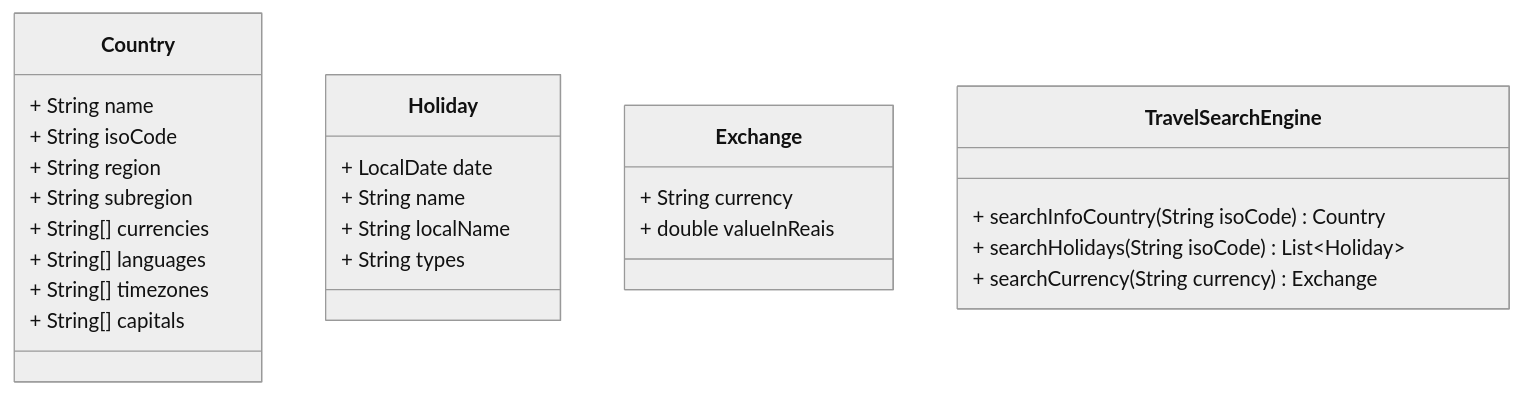
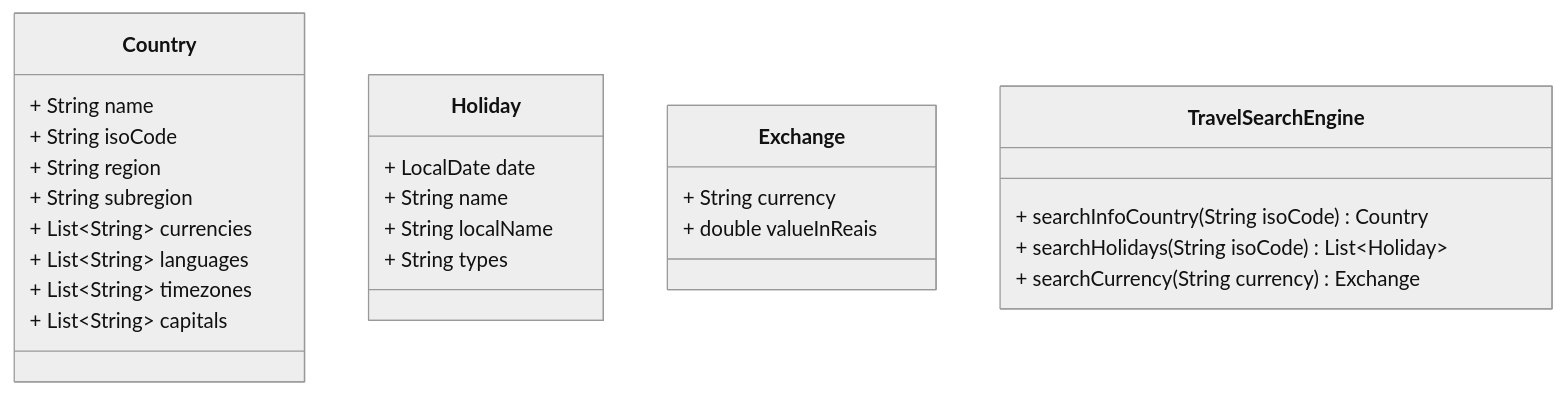
Before and after one commit to caiovilquer/viazio: the diagram in docs/arquitetura.md, drawn with Mermaid (neutral theme).

Commit message:
docs: update UML diagram

````diff
--- a/docs/arquitetura.md
+++ b/docs/arquitetura.md
@@ -5,32 +5,32 @@
 ```mermaid
 
 classDiagram
     class Country{
         + String name
         + String isoCode
         + String region
         + String subregion
-        + String[] currencies
-        + String[] languages
-        + String[] timezones
-        + String[] capitals
+        + List~String~ currencies
+        + List~String~ languages
+        + List~String~ timezones
+        + List~String~ capitals
     }
 
     class Holiday{
         + LocalDate date
         + String name
         + String localName
         + String types
     }
 
     class Exchange{
         + String currency
         + double valueInReais
     }
 
     class TravelSearchEngine{
         + searchInfoCountry(String isoCode) Country
         + searchHolidays(String isoCode) List~Holiday~
         + searchCurrency(String currency) Exchange
     }
 ```
````
